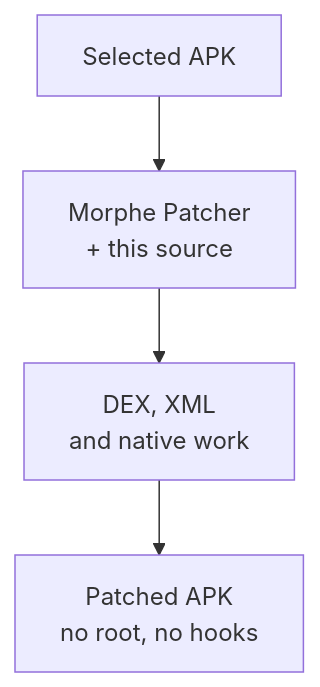
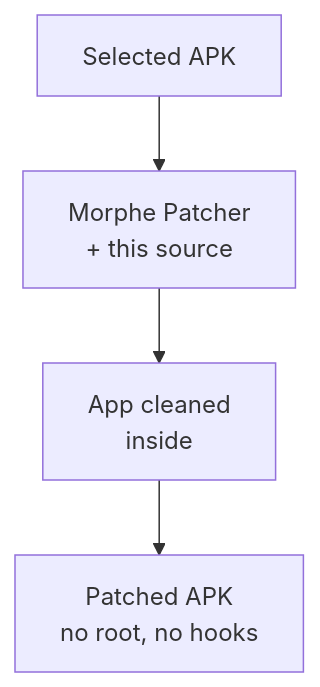
Before and after one commit to Lxchoooo/kveld-morphe-patches: the diagram in README.md, drawn with Mermaid. The commit also changed other lines of this file, not shown here.

````diff
--- a/README.md
+++ b/README.md
@@ -67,6 +67,6 @@
 ```mermaid
 flowchart TD
     A[Selected APK] --> B[Morphe Patcher<br/>+ this source]
-    B --> C[DEX, XML<br/>and native work]
+    B --> C[App cleaned<br/>inside]
     C --> D[Patched APK<br/>no root, no hooks]
 ```
````
